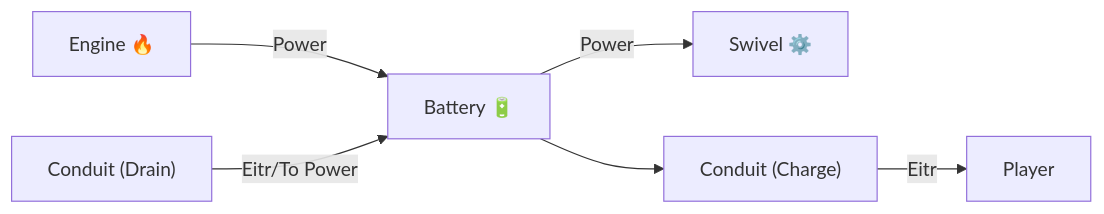
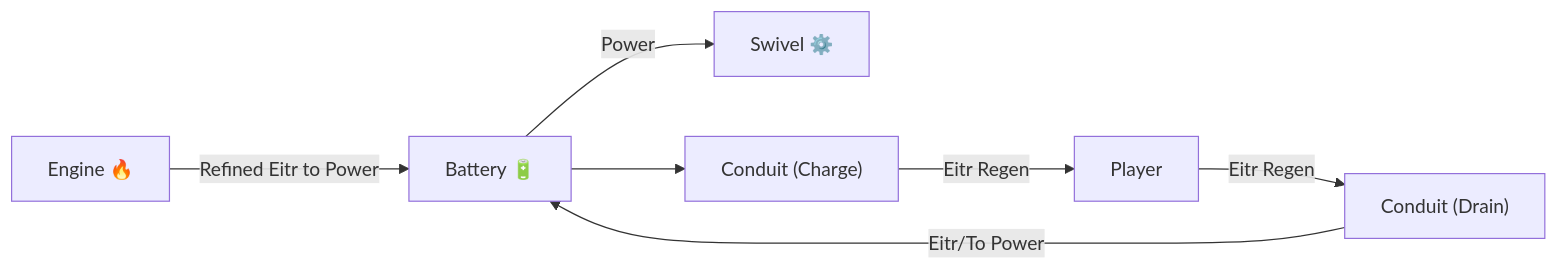
The diagram in src/ValheimRAFT/README.md (zolantris/ValheimMods), drawn with Mermaid before and after one commit. The commit also changed other lines of this file and 40 other files, not shown here.

First line of the commit message:
Feat/eitr drain conduit multiplayer fixes (#231)

````diff
--- a/src/ValheimRAFT/README.md
+++ b/src/ValheimRAFT/README.md
@@ -618,7 +827,7 @@
 ```mermaid
 graph LR
-  Engine["Engine 🔥"] -- Power --> Battery["Battery 🔋"]
+  Engine["Engine 🔥"] -- Refined Eitr to Power --> Battery["Battery 🔋"]
   Battery -- Power --> Consumer["Swivel ⚙️"]
-  ConduitInput["Conduit (Drain)"] -- Eitr/To Power --> Battery["Battery 🔋"]
-  Battery["Battery 🔋"] --> ConduitOutput["Conduit (Charge)"] -- Eitr --> Player
+  Player -- Eitr Regen --> ConduitInput["Conduit (Drain)"] -- Eitr/To Power --> Battery["Battery 🔋"]
+  Battery["Battery 🔋"] --> ConduitOutput["Conduit (Charge)"] -- Eitr Regen --> Player
 ```
````
